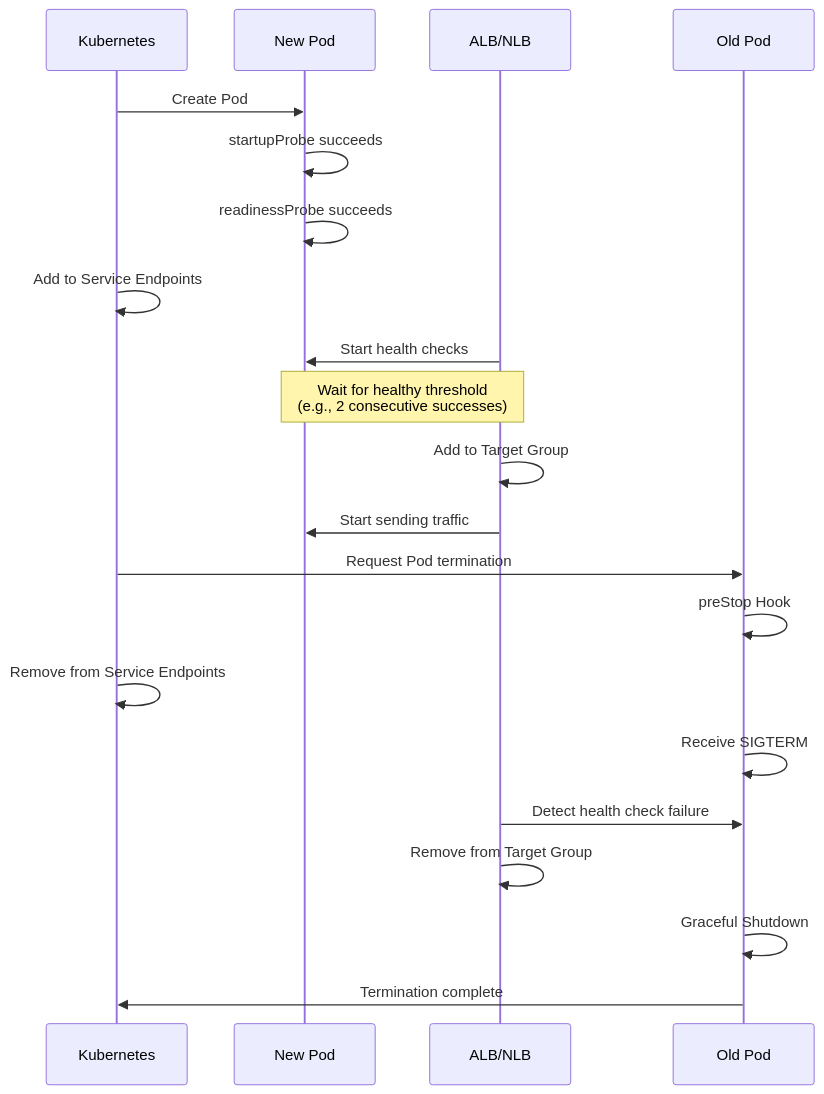
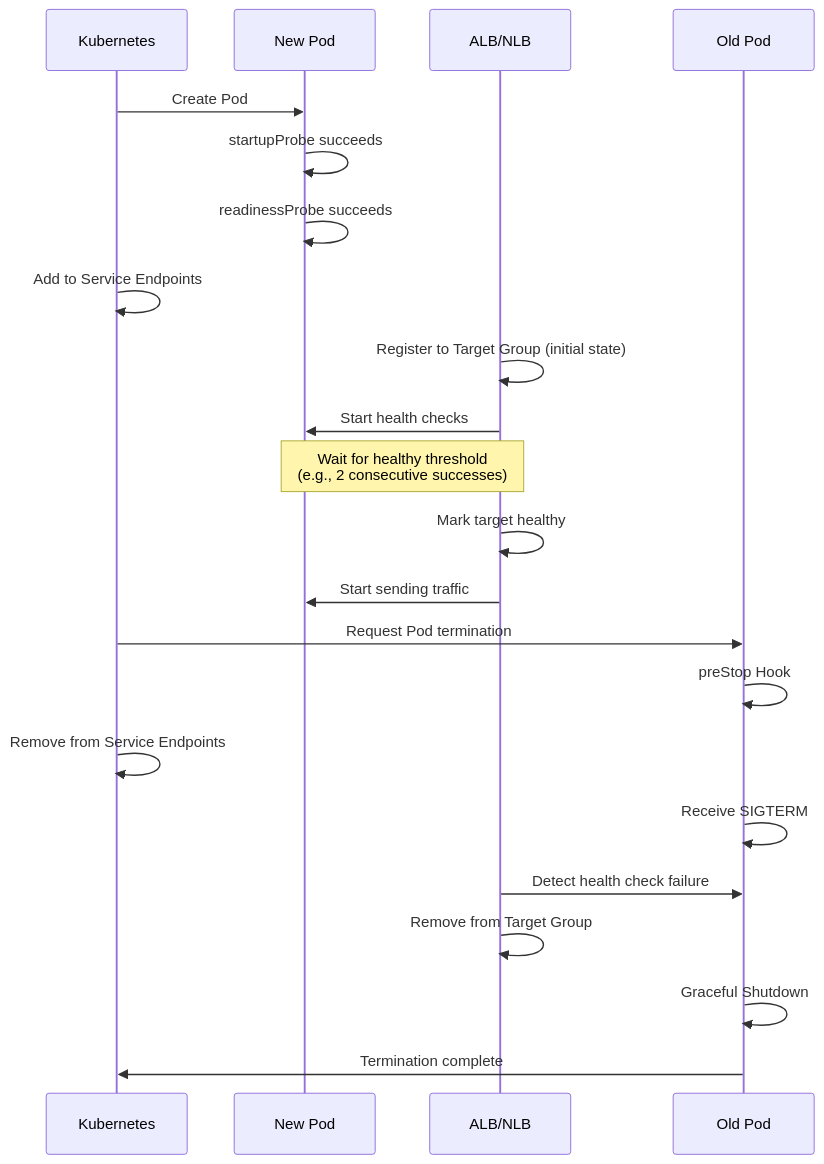
One commit to devfloor9/engineering-playbook changed the first of 2 diagrams in docs/eks-best-practices/operations-reliability/pod-lifecycle/probe-load-balancers.md. Above: the diagram before and after it, drawn with Mermaid. The commit also changed other lines of this file and 5 other files, not shown here.

````diff
--- a/docs/eks-best-practices/operations-reliability/pod-lifecycle/probe-load-balancers.md
+++ b/docs/eks-best-practices/operations-reliability/pod-lifecycle/probe-load-balancers.md
@@ -43,25 +45,26 @@
 ```mermaid
 sequenceDiagram
     participant K8s as Kubernetes
     participant Pod as New Pod
     participant LB as ALB/NLB
     participant Old as Old Pod
 
     K8s->>Pod: Create Pod
     Pod->>Pod: startupProbe succeeds
     Pod->>Pod: readinessProbe succeeds
     K8s->>K8s: Add to Service Endpoints
+    LB->>LB: Register to Target Group (initial state)
     LB->>Pod: Start health checks
     Note over LB,Pod: Wait for healthy threshold<br/>(e.g., 2 consecutive successes)
-    LB->>LB: Add to Target Group
+    LB->>LB: Mark target healthy
     LB->>Pod: Start sending traffic
 
     K8s->>Old: Request Pod termination
     Old->>Old: preStop Hook
     K8s->>K8s: Remove from Service Endpoints
     Old->>Old: Receive SIGTERM
     LB->>Old: Detect health check failure
     LB->>LB: Remove from Target Group
     Old->>Old: Graceful Shutdown
     Old->>K8s: Termination complete
 ```
````
